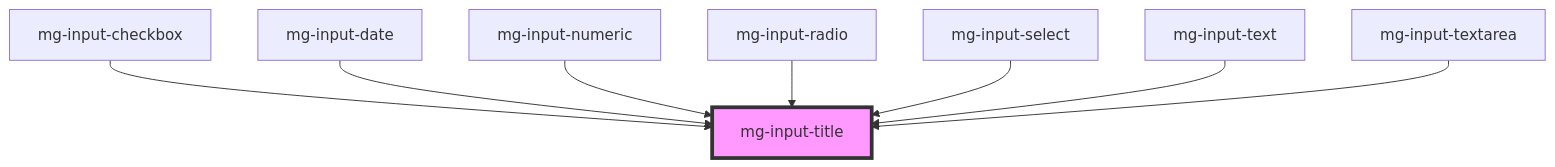
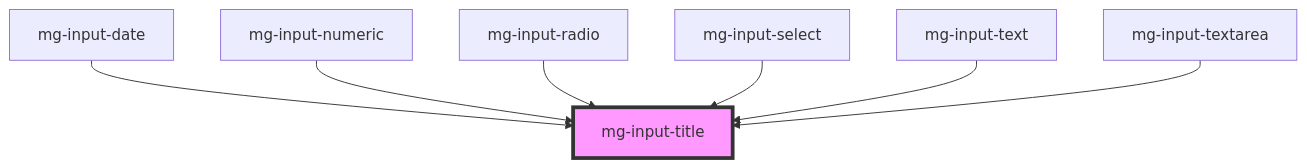
Before and after one commit to MGDIS/mg-components: the diagram in src/components/atoms/mg-input-title/readme.md, drawn with Mermaid. The commit also changed other lines of this file and 7 other files, not shown here.

````diff
--- a/src/components/atoms/mg-input-title/readme.md
+++ b/src/components/atoms/mg-input-title/readme.md
@@ -28,11 +27,10 @@
 ```mermaid
 graph TD;
-  mg-input-checkbox --> mg-input-title
   mg-input-date --> mg-input-title
   mg-input-numeric --> mg-input-title
   mg-input-radio --> mg-input-title
   mg-input-select --> mg-input-title
   mg-input-text --> mg-input-title
   mg-input-textarea --> mg-input-title
   style mg-input-title fill:#f9f,stroke:#333,stroke-width:4px
 ```
````
